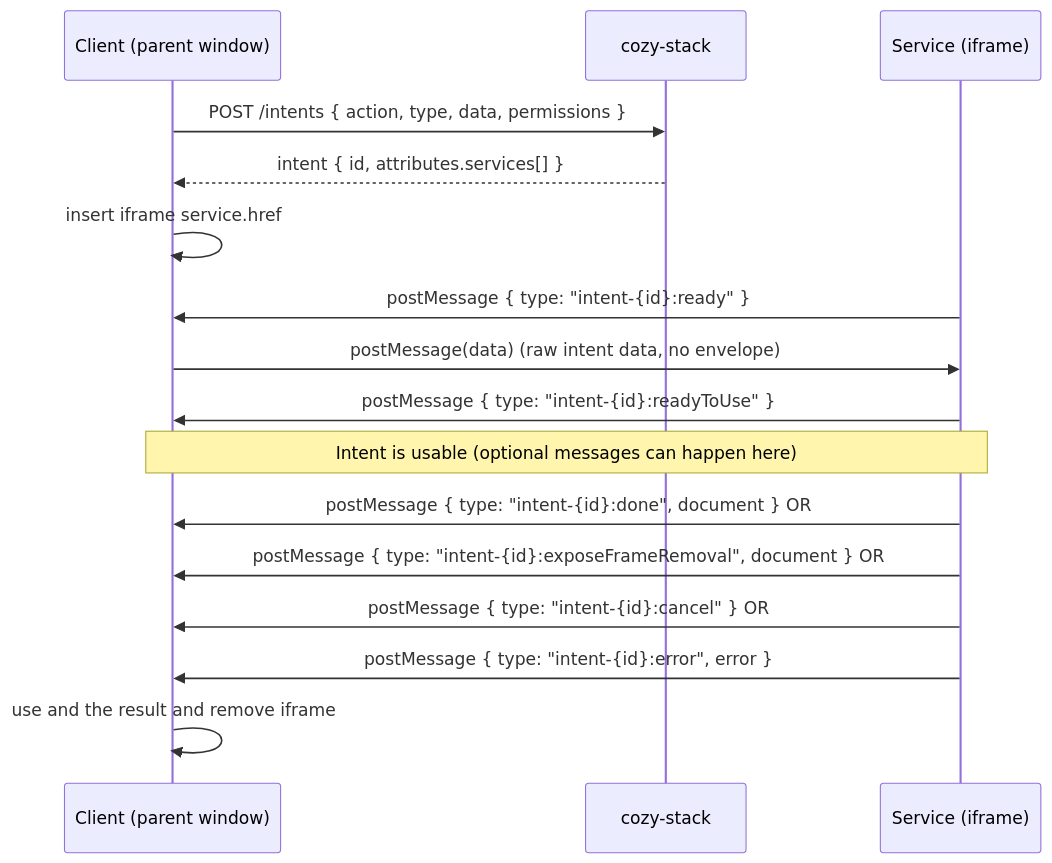
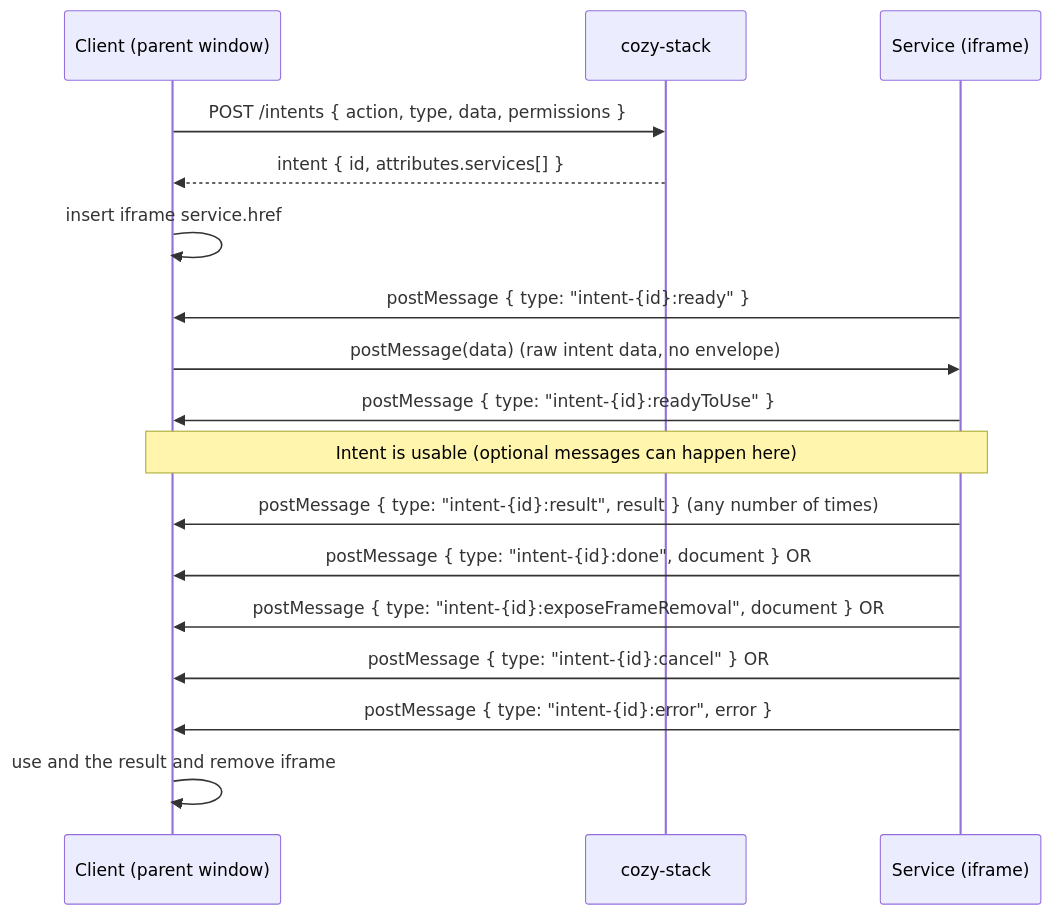
The diagram in packages/cozy-interapp/README.md (linagora/cozy-libs), drawn with Mermaid before and after one commit. The commit also changed other lines of this file and 4 other files, not shown here.

First line of the commit message:
feat(cozy-interapp): Let a service send results without ending the intent

````diff
--- a/packages/cozy-interapp/README.md
+++ b/packages/cozy-interapp/README.md
@@ -69,19 +69,20 @@
 ```mermaid
 sequenceDiagram
     participant Client as Client (parent window)
     participant Stack as cozy-stack
     participant Service as Service (iframe)
 
     Client->>Stack: POST /intents { action, type, data, permissions }
     Stack-->>Client: intent { id, attributes.services[] }
     Client->>Client: insert iframe service.href
     Service->>Client: postMessage { type: "intent-{id}:ready" }
     Client->>Service: postMessage(data)  (raw intent data, no envelope)
     Service->>Client: postMessage { type: "intent-{id}:readyToUse" }
     Note over Client,Service: Intent is usable (optional messages can happen here)
+    Service->>Client: postMessage { type: "intent-{id}:result", result }  (any number of times)
     Service->>Client: postMessage { type: "intent-{id}:done", document } OR
     Service->>Client: postMessage { type: "intent-{id}:exposeFrameRemoval", document } OR
     Service->>Client: postMessage { type: "intent-{id}:cancel" } OR
     Service->>Client: postMessage { type: "intent-{id}:error", error }
     Client->>Client: use and the result and remove iframe
 ```
````
